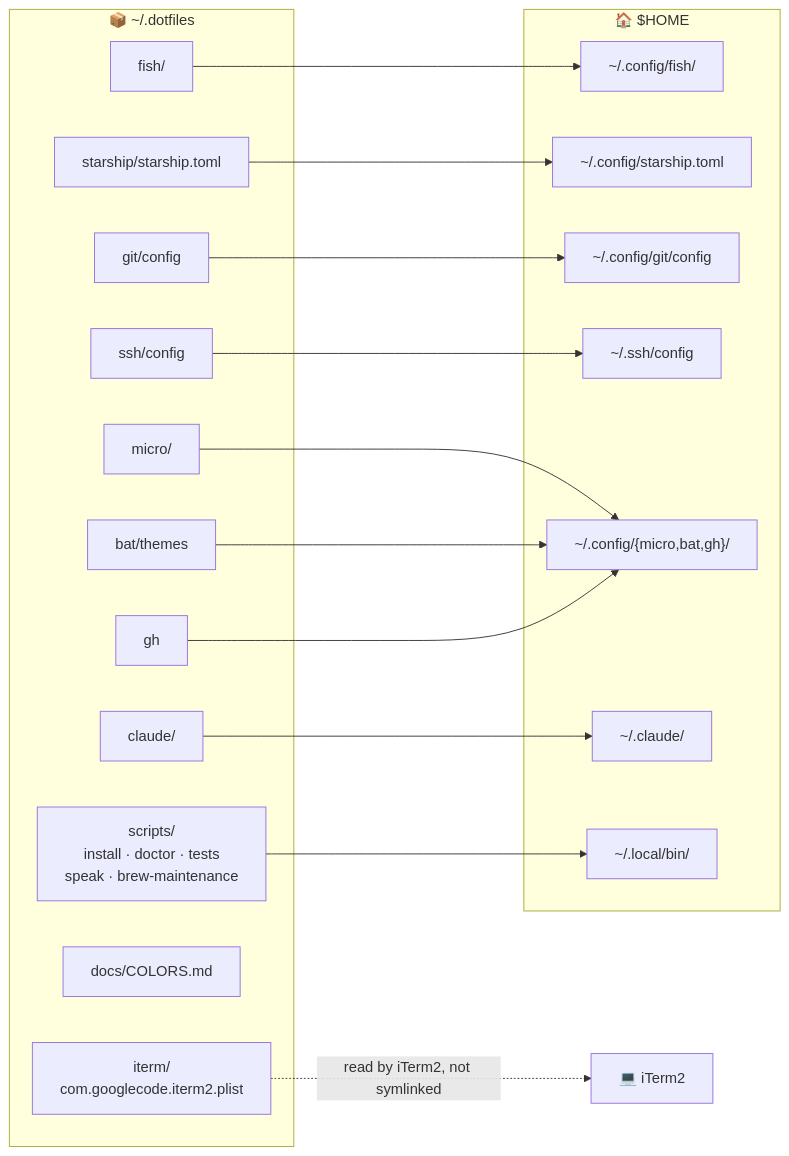
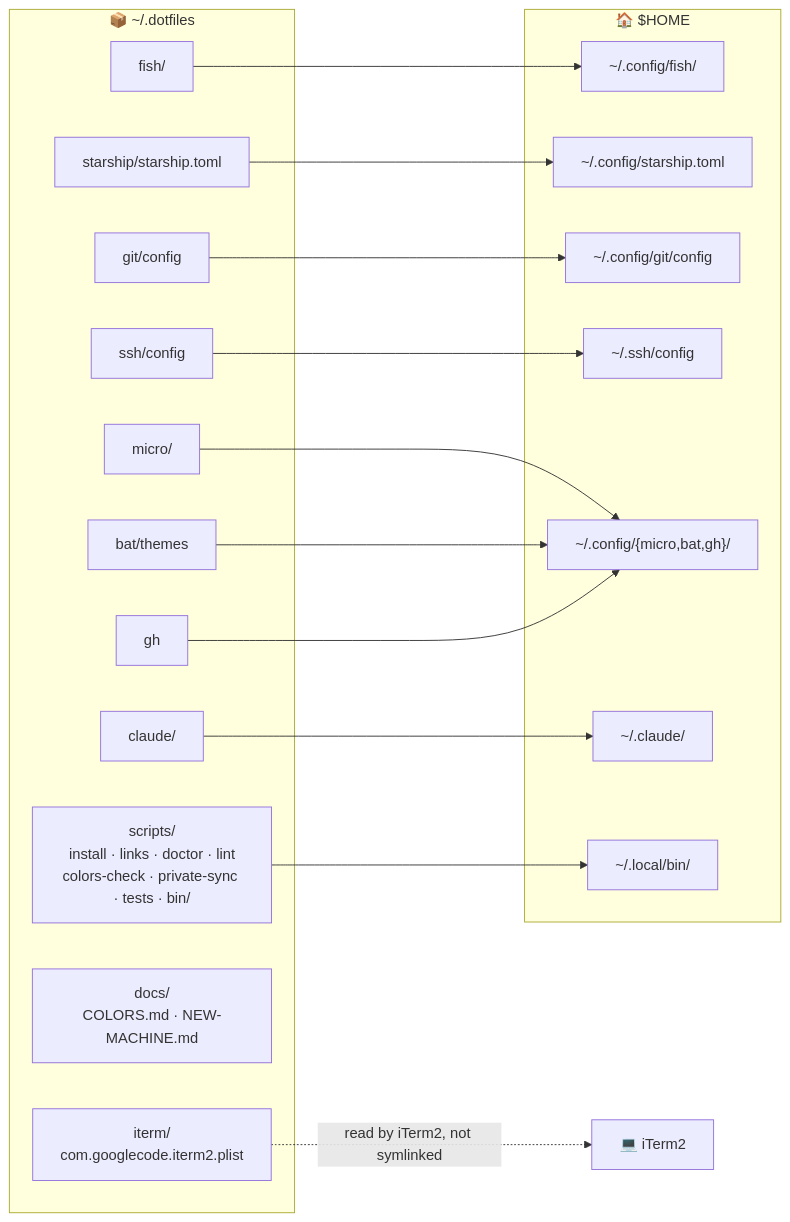
One commit to sergio-santiago/.dotfiles changed the first of 5 diagrams in README.md. Above: the diagram before and after it, drawn with Mermaid. The commit also changed other lines of this file and 4 other files, not shown here.

````diff
--- a/README.md
+++ b/README.md
@@ -119,35 +119,35 @@
 ```mermaid
 flowchart LR
     subgraph repo["📦 ~/.dotfiles"]
         fish["fish/"]
         starship["starship/starship.toml"]
         gitc["git/config"]
         ssh["ssh/config"]
         micro["micro/"]
         bat["bat/themes"]
         claude["claude/"]
         misc["gh"]
-        scripts["scripts/<br/>install · doctor · tests<br/>speak · brew-maintenance"]
-        docs["docs/COLORS.md"]
+        scripts["scripts/<br/>install · links · doctor · lint<br/>colors-check · private-sync · tests · bin/"]
+        docs["docs/<br/>COLORS.md · NEW-MACHINE.md"]
         iterm["iterm/<br/>com.googlecode.iterm2.plist"]
     end
     subgraph home["🏠 $HOME"]
         cfgfish["~/.config/fish/"]
         cfgstar["~/.config/starship.toml"]
         cfggit["~/.config/git/config"]
         sshcfg["~/.ssh/config"]
         cfgmisc["~/.config/{micro,bat,gh}/"]
         dotclaude["~/.claude/"]
         localbin["~/.local/bin/"]
     end
     fish --> cfgfish
     starship --> cfgstar
     gitc --> cfggit
     ssh --> sshcfg
     micro --> cfgmisc
     bat --> cfgmisc
     misc --> cfgmisc
     claude --> dotclaude
     scripts --> localbin
     iterm -.->|"read by iTerm2, not symlinked"| app["💻 iTerm2"]
 ```
````
